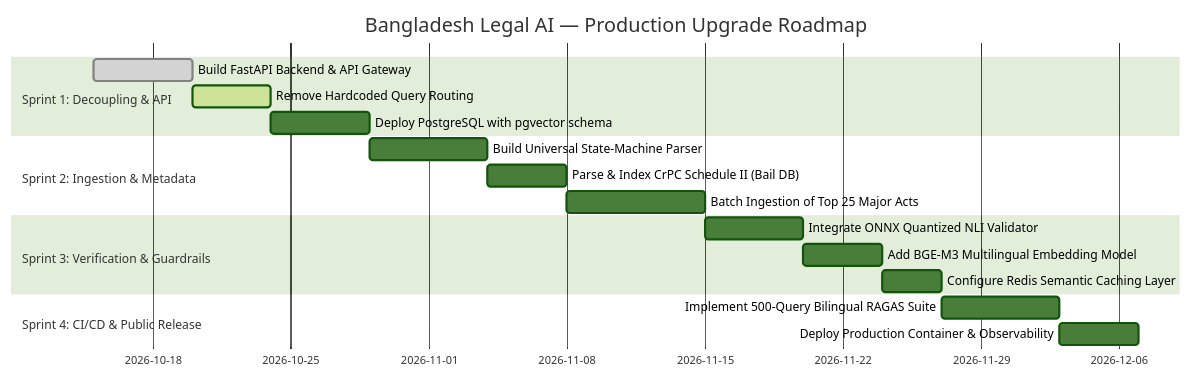
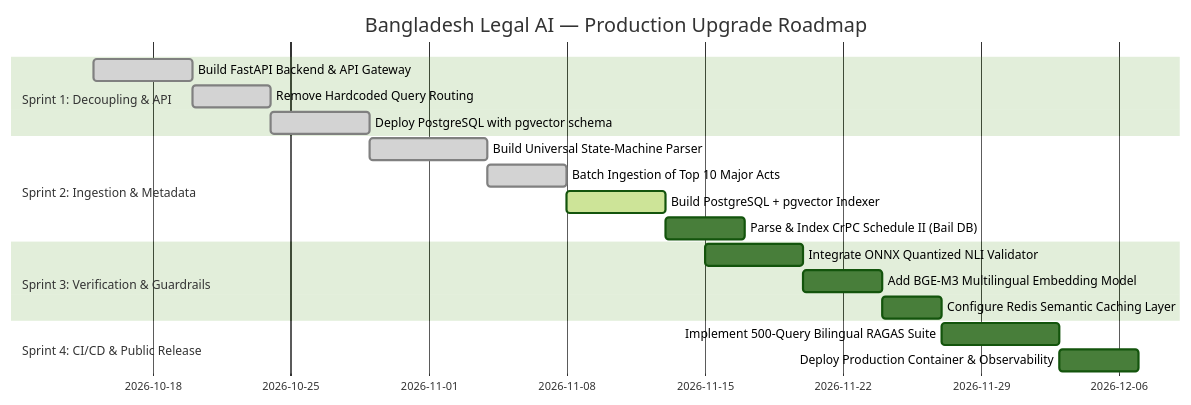
One commit to bringerofdarkness/bd-legal-ai changed the third of 3 diagrams in docs/PRODUCTION_ARCHITECTURE_AND_ROADMAP.md. Above: the diagram before and after it, drawn with Mermaid (forest theme). The commit also changed other lines of this file, not shown here.

Commit message:
docs(roadmap): update tracking backlog with completed database schema and parsed acts

````diff
--- a/docs/PRODUCTION_ARCHITECTURE_AND_ROADMAP.md
+++ b/docs/PRODUCTION_ARCHITECTURE_AND_ROADMAP.md
@@ -394,20 +394,21 @@
 ```mermaid
 gantt
     title Bangladesh Legal AI — Production Upgrade Roadmap
     dateFormat  YYYY-MM-DD
     section Sprint 1: Decoupling & API
     Build FastAPI Backend & API Gateway       :done, s1_1, 2026-10-15, 5d
-    Remove Hardcoded Query Routing            :active, s1_2, 2026-10-20, 4d
-    Deploy PostgreSQL with pgvector schema     :s1_3, 2026-10-24, 5d
+    Remove Hardcoded Query Routing            :done, s1_2, 2026-10-20, 4d
+    Deploy PostgreSQL with pgvector schema    :done, s1_3, 2026-10-24, 5d
     section Sprint 2: Ingestion & Metadata
-    Build Universal State-Machine Parser      :s2_1, 2026-10-29, 6d
-    Parse & Index CrPC Schedule II (Bail DB)  :s2_2, 2026-11-04, 4d
-    Batch Ingestion of Top 25 Major Acts       :s2_3, 2026-11-08, 7d
+    Build Universal State-Machine Parser      :done, s2_1, 2026-10-29, 6d
+    Batch Ingestion of Top 10 Major Acts      :done, s2_2, 2026-11-04, 4d
+    Build PostgreSQL + pgvector Indexer       :active, s2_3, 2026-11-08, 5d
+    Parse & Index CrPC Schedule II (Bail DB)  :s2_4, 2026-11-13, 4d
     section Sprint 3: Verification & Guardrails
     Integrate ONNX Quantized NLI Validator    :s3_1, 2026-11-15, 5d
     Add BGE-M3 Multilingual Embedding Model   :s3_2, 2026-11-20, 4d
     Configure Redis Semantic Caching Layer    :s3_3, 2026-11-24, 3d
     section Sprint 4: CI/CD & Public Release
     Implement 500-Query Bilingual RAGAS Suite :s4_1, 2026-11-27, 6d
     Deploy Production Container & Observability:s4_2, 2026-12-03, 4d
 ```
````
